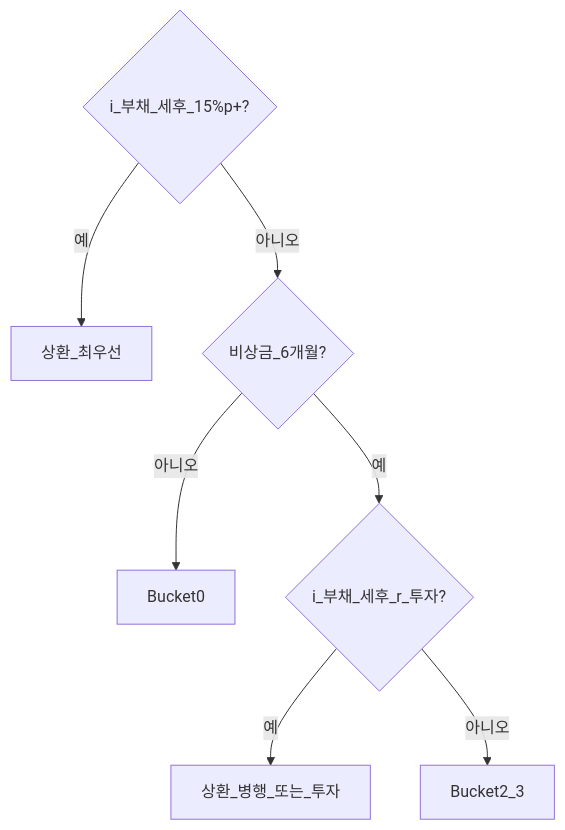
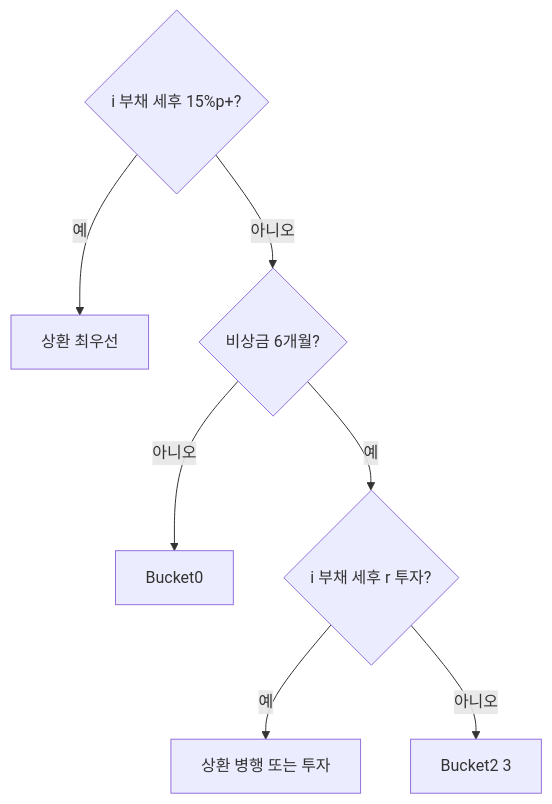
The third of 3 diagrams in 01-foundations/debt-and-interest.md (goldanghenry/Finances), drawn with Mermaid before and after one commit. The commit also changed other lines of this file and 211 other files, not shown here.

````diff
--- a/01-foundations/debt-and-interest.md
+++ b/01-foundations/debt-and-interest.md
@@ -246,10 +260,10 @@
 ```mermaid
 flowchart TD
-  Q1{i_부채_세후_15%p+?}
-  Q1 -->|예| Pay[상환_최우선]
-  Q1 -->|아니오| Q2{비상금_6개월?}
+  Q1{"i 부채 세후 15%p+?"}
+  Q1 -->|예| Pay["상환 최우선"]
+  Q1 -->|아니오| Q2{"비상금 6개월?"}
   Q2 -->|아니오| EF[Bucket0]
-  Q2 -->|예| Q3{i_부채_세후_r_투자?}
-  Q3 -->|예| Mix[상환_병행_또는_투자]
-  Q3 -->|아니오| Invest[Bucket2_3]
+  Q2 -->|예| Q3{"i 부채 세후 r 투자?"}
+  Q3 -->|예| Mix["상환 병행 또는 투자"]
+  Q3 -->|아니오| Invest["Bucket2 3"]
 ```
````
